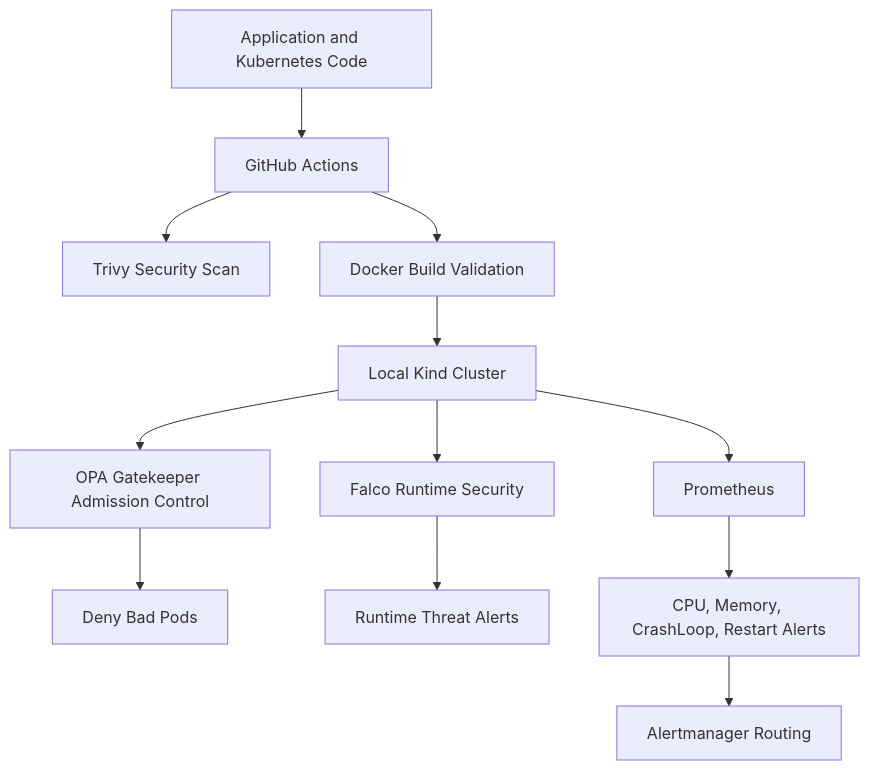
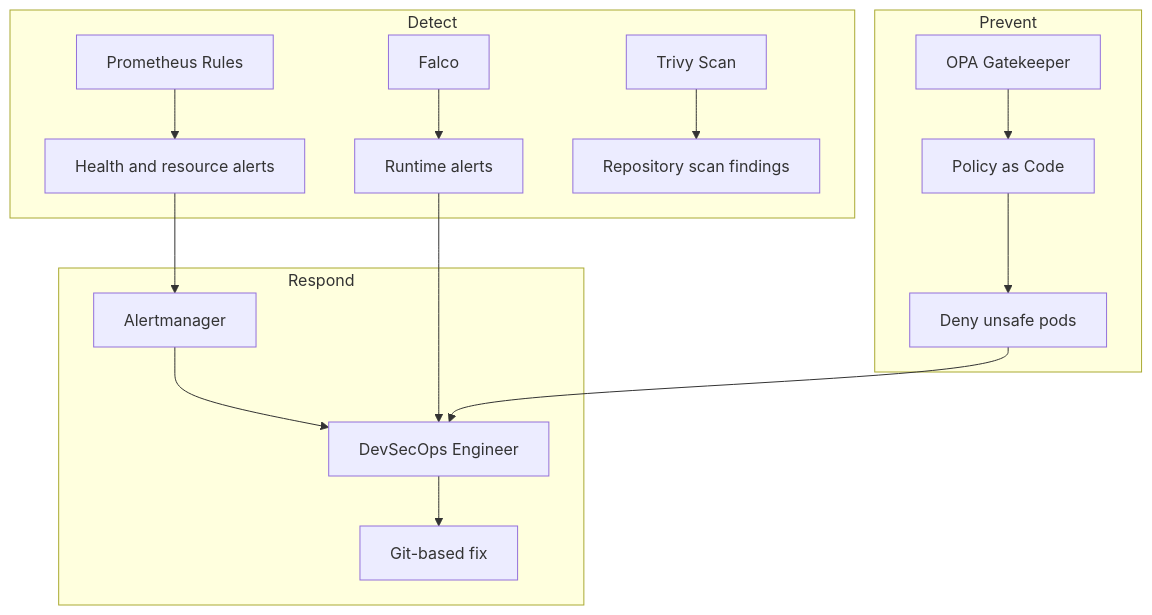
The fourth of 9 diagrams in docs/architecture.md (AssassinSaurabh/enterprise-devsecops-platform), drawn with Mermaid before and after one commit. The commit also changed other lines of this file and 8 other files, not shown here.

Commit message:
docs: publish professional platform architecture

````diff
--- a/docs/architecture.md
+++ b/docs/architecture.md
@@ -27,17 +87,30 @@
 ```mermaid
 flowchart TB
-  Code["Application and Kubernetes Code"] --> CI["GitHub Actions"]
-  CI --> Trivy["Trivy Security Scan"]
-  CI --> DockerBuild["Docker Build Validation"]
-  DockerBuild --> Kind["Local Kind Cluster"]
+  subgraph Prevent["Prevent"]
+    Gatekeeper["OPA Gatekeeper"]
+    Policies["Policy as Code"]
+    Gatekeeper --> Policies
+    Policies --> Deny["Deny unsafe pods"]
+  end
 
-  Kind --> Gatekeeper["OPA Gatekeeper Admission Control"]
-  Gatekeeper --> PolicyDeny["Deny Bad Pods"]
+  subgraph Detect["Detect"]
+    Falco["Falco"]
+    Prometheus["Prometheus Rules"]
+    Trivy["Trivy Scan"]
+    Falco --> RuntimeAlerts["Runtime alerts"]
+    Prometheus --> HealthAlerts["Health and resource alerts"]
+    Trivy --> VulnerabilityFindings["Repository scan findings"]
+  end
 
-  Kind --> Falco["Falco Runtime Security"]
-  Falco --> RuntimeAlerts["Runtime Threat Alerts"]
+  subgraph Respond["Respond"]
+    Alertmanager["Alertmanager"]
+    Engineer["DevSecOps Engineer"]
+    GitFix["Git-based fix"]
+    Alertmanager --> Engineer
+    RuntimeAlerts --> Engineer
+    Engineer --> GitFix
+  end
 
-  Kind --> Prometheus["Prometheus"]
-  Prometheus --> AlertRules["CPU, Memory, CrashLoop, Restart Alerts"]
-  AlertRules --> Alertmanager["Alertmanager Routing"]
+  Deny --> Engineer
+  HealthAlerts --> Alertmanager
 ```
````
